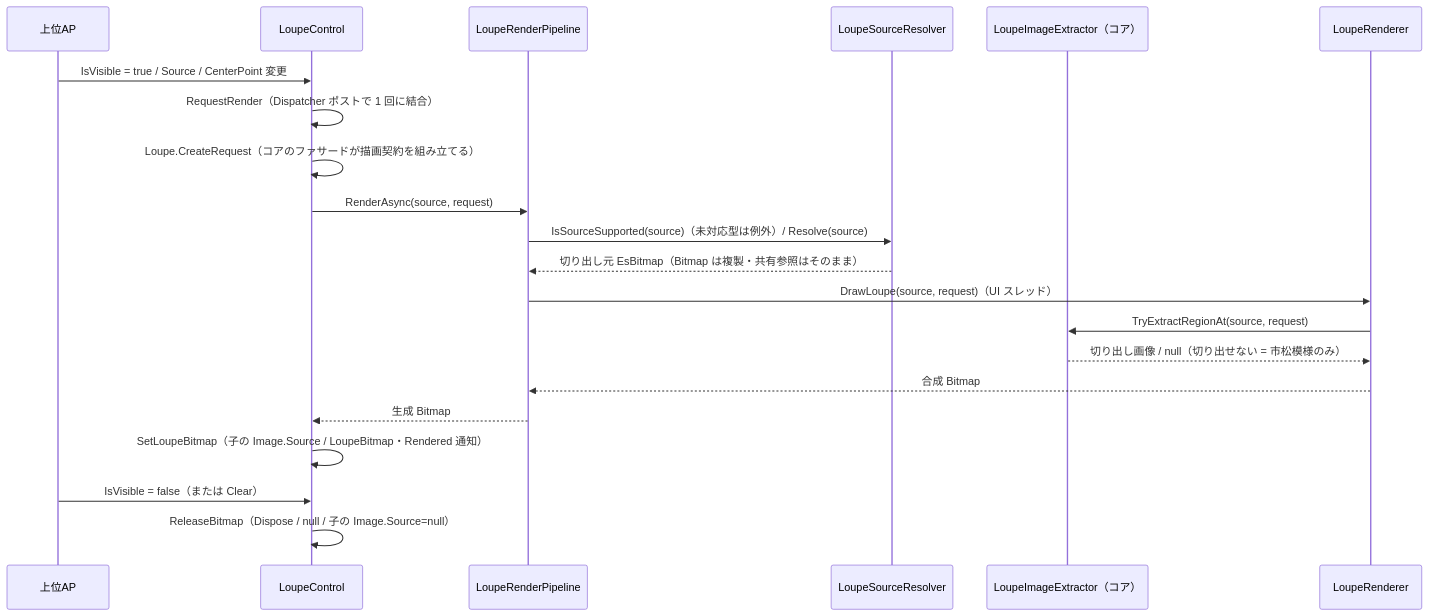
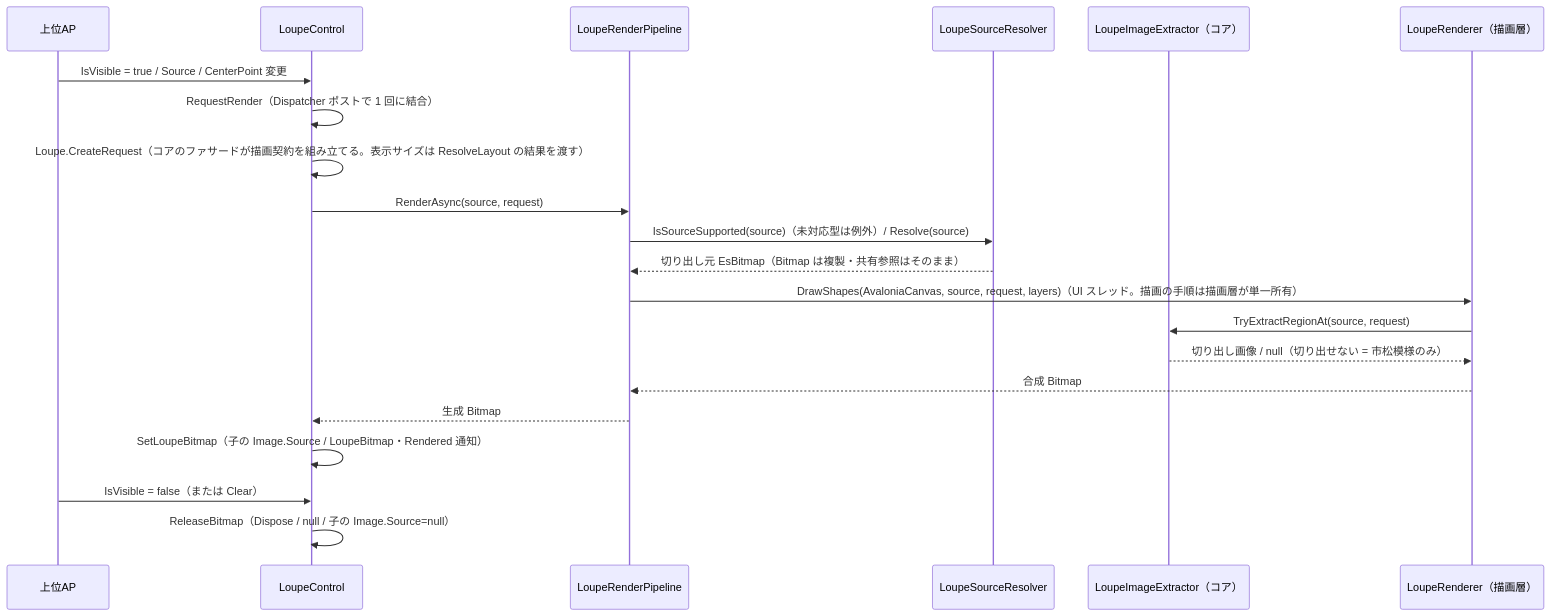
The second of 2 diagrams in src/LoupeControl.AvaloniaUI/SPEC_System.md (tomokuni/SaveEvidence), drawn with Mermaid before and after one commit. The commit also changed other lines of this file and 220 other files, not shown here.

````diff
--- a/src/LoupeControl.AvaloniaUI/SPEC_System.md
+++ b/src/LoupeControl.AvaloniaUI/SPEC_System.md
@@ -249,25 +236,25 @@
 ```mermaid
 sequenceDiagram
     participant AP as 上位AP
     participant Ctl as LoupeControl
     participant Pl as LoupeRenderPipeline
     participant Sr as LoupeSourceResolver
     participant Ext as LoupeImageExtractor（コア）
-    participant Rdr as LoupeRenderer
+    participant Rdr as LoupeRenderer（描画層）
 
     AP->>Ctl: IsVisible = true / Source / CenterPoint 変更
     Ctl->>Ctl: RequestRender（Dispatcher ポストで 1 回に結合）
-    Ctl->>Ctl: Loupe.CreateRequest（コアのファサードが描画契約を組み立てる）
+    Ctl->>Ctl: Loupe.CreateRequest（コアのファサードが描画契約を組み立てる。表示サイズは ResolveLayout の結果を渡す）
     Ctl->>Pl: RenderAsync(source, request)
     Pl->>Sr: IsSourceSupported(source)（未対応型は例外）/ Resolve(source)
     Sr-->>Pl: 切り出し元 EsBitmap（Bitmap は複製・共有参照はそのまま）
-    Pl->>Rdr: DrawLoupe(source, request)（UI スレッド）
+    Pl->>Rdr: DrawShapes(AvaloniaCanvas, source, request, layers)（UI スレッド。描画の手順は描画層が単一所有）
     Rdr->>Ext: TryExtractRegionAt(source, request)
     Ext-->>Rdr: 切り出し画像 / null（切り出せない = 市松模様のみ）
     Rdr-->>Pl: 合成 Bitmap
     Pl-->>Ctl: 生成 Bitmap
     Ctl->>Ctl: SetLoupeBitmap（子の Image.Source / LoupeBitmap・Rendered 通知）
 
     AP->>Ctl: IsVisible = false（または Clear）
     Ctl->>Ctl: ReleaseBitmap（Dispose / null / 子の Image.Source=null）
 ```
````
